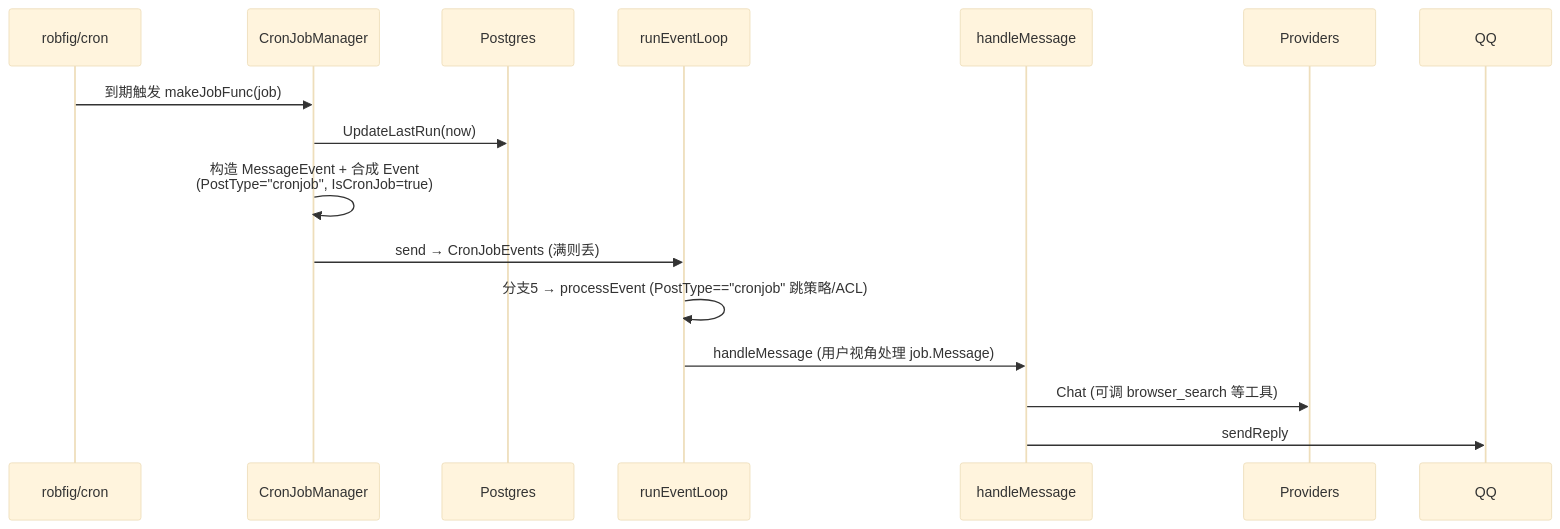
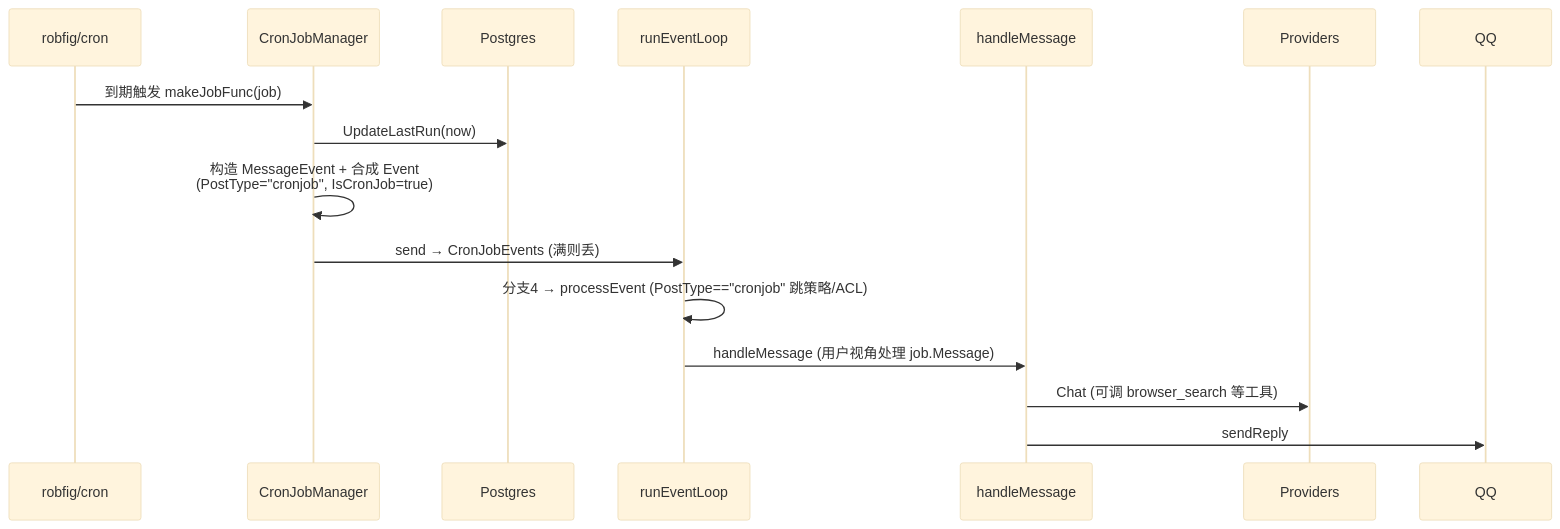
One commit to JuanNiangDev/JuanNiang-Neo changed the ninth of 14 diagrams in docs/project-details.md. Above: the diagram before and after it, drawn with Mermaid (base theme). The commit also changed other lines of this file, not shown here.

````diff
--- a/docs/project-details.md
+++ b/docs/project-details.md
@@ -606,19 +544,19 @@
 ```mermaid
 sequenceDiagram
   participant Cron as robfig/cron
   participant Mgr as CronJobManager
   participant DB as Postgres
   participant EL as runEventLoop
   participant HM as handleMessage
   participant LLM as Providers
   participant QQ as QQ
 
   Cron->>Mgr: 到期触发 makeJobFunc(job)
   Mgr->>DB: UpdateLastRun(now)
   Mgr->>Mgr: 构造 MessageEvent + 合成 Event<br/>(PostType="cronjob", IsCronJob=true)
   Mgr->>EL: send → CronJobEvents (满则丢)
-  EL->>EL: 分支5 → processEvent (PostType=="cronjob" 跳策略/ACL)
+  EL->>EL: 分支4 → processEvent (PostType=="cronjob" 跳策略/ACL)
   EL->>HM: handleMessage (用户视角处理 job.Message)
   HM->>LLM: Chat (可调 browser_search 等工具)
   HM->>QQ: sendReply
 ```
````
